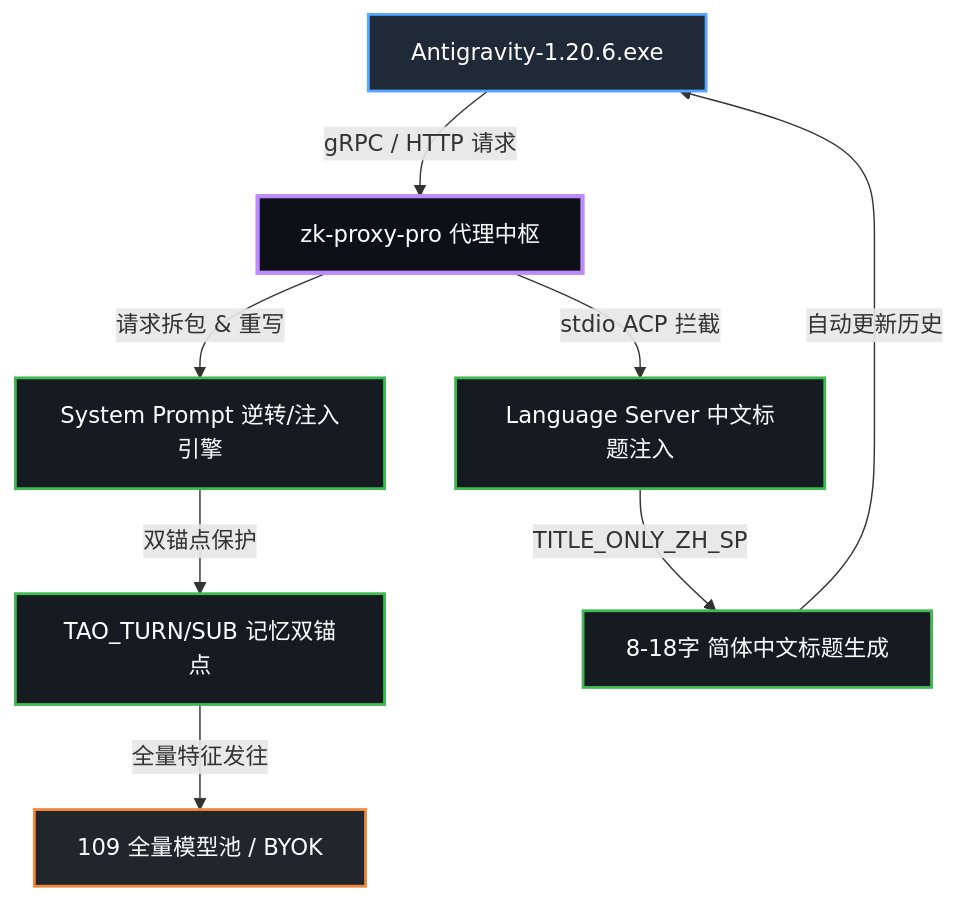
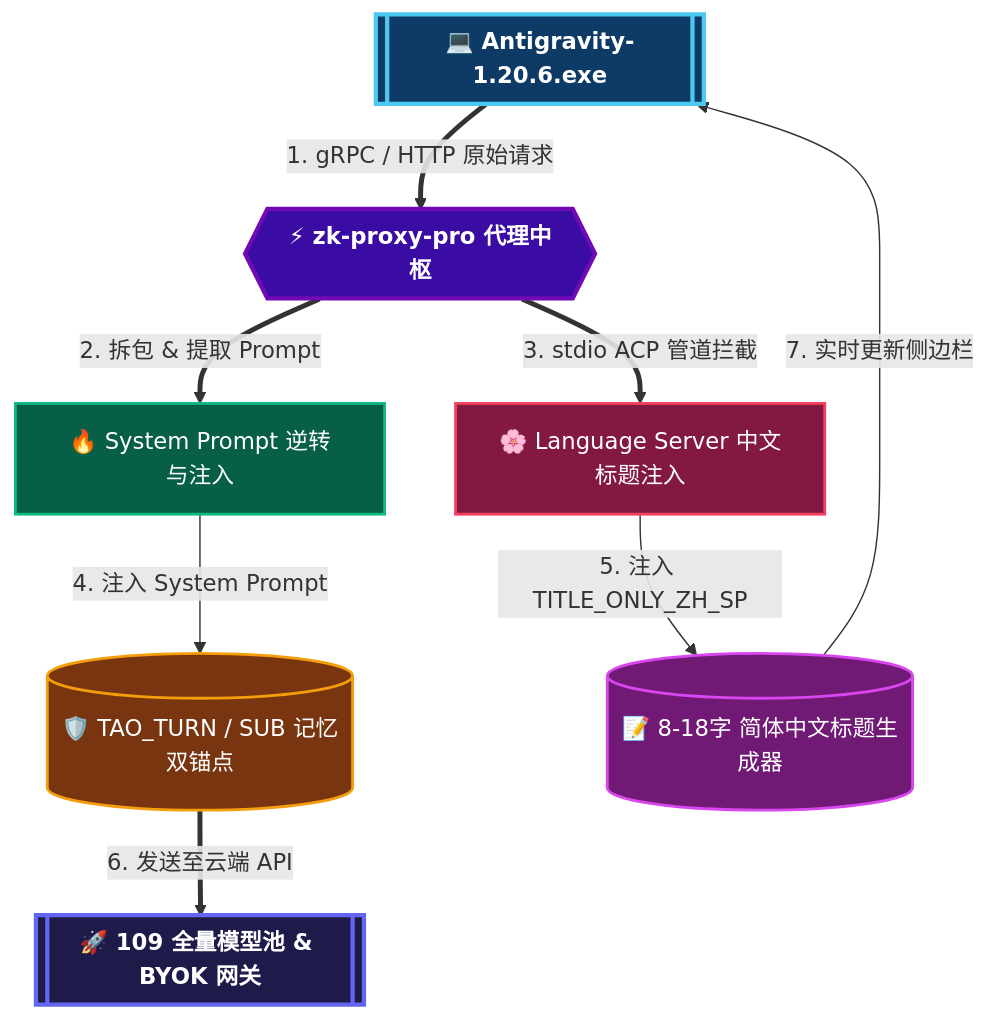
One commit to Huo-zai-feng-lang-li/Antigravity-Injection changed the diagram in README.md. Above: the diagram before and after it, drawn with Mermaid.

Commit message:
docs(readme): 升级 Mermaid 架构图为彩色发光调色板与多形状节点

````diff
--- a/README.md
+++ b/README.md
@@ -35,30 +35,40 @@
 ```mermaid
 flowchart TD
-    IDE["Antigravity-1.20.6.exe"]
-    PROXY["zk-proxy-pro 代理中枢"]
-    SUB_SP["System Prompt 逆转/注入引擎"]
-    SUB_LS["Language Server 中文标题注入"]
-    ANCHOR["TAO_TURN/SUB 记忆双锚点"]
-    TITLE_ZH["8-18字 简体中文标题生成"]
-    API_POOL["109 全量模型池 / BYOK"]
+    IDE[["💻 Antigravity-1.20.6.exe"]]
+    PROXY{{"⚡ zk-proxy-pro 代理中枢"}}
+    
+    SUB_SP["🔥 System Prompt 逆转与注入"]
+    SUB_LS["🌸 Language Server 中文标题注入"]
+    
+    ANCHOR[("🛡️ TAO_TURN / SUB 记忆双锚点")]
+    TITLE_ZH[("📝 8-18字 简体中文标题生成器")]
+    
+    API_POOL[["🚀 109 全量模型池 & BYOK 网关"]]
 
-    IDE -->|gRPC / HTTP 请求| PROXY
-    PROXY -->|请求拆包 & 重写| SUB_SP
-    PROXY -->|stdio ACP 拦截| SUB_LS
+    IDE ==>|1. gRPC / HTTP 原始请求| PROXY
+    PROXY ==>|2. 拆包 & 提取 Prompt| SUB_SP
+    PROXY ==>|3. stdio ACP 管道拦截| SUB_LS
     
-    SUB_SP -->|双锚点保护| ANCHOR
-    SUB_LS -->|TITLE_ONLY_ZH_SP| TITLE_ZH
+    SUB_SP -->|4. 注入 System Prompt| ANCHOR
+    SUB_LS -->|5. 注入 TITLE_ONLY_ZH_SP| TITLE_ZH
     
-    ANCHOR -->|全量特征发往| API_POOL
-    TITLE_ZH -->|自动更新历史| IDE
+    ANCHOR ==>|6. 发送至云端 API| API_POOL
+    TITLE_ZH -->|7. 实时更新侧边栏| IDE
 
-    classDef client fill:#1f2937,stroke:#58a6ff,stroke-width:2px,color:#fff;
-    classDef proxy fill:#0d1117,stroke:#bc8cff,stroke-width:3px,color:#fff;
-    classDef engine fill:#161b22,stroke:#3fb950,stroke-width:2px,color:#fff;
-    classDef api fill:#21262d,stroke:#f0883e,stroke-width:2px,color:#fff;
+    %% 绚丽彩色样式声明
+    classDef styleIDE fill:#0d3b66,stroke:#4cc9f0,stroke-width:3px,color:#ffffff,font-weight:bold;
+    classDef styleProxy fill:#3a0ca3,stroke:#7209b7,stroke-width:3px,color:#ffffff,font-weight:bold;
+    classDef styleSP fill:#065f46,stroke:#10b981,stroke-width:2px,color:#ffffff;
+    classDef styleLS fill:#831843,stroke:#f43f5e,stroke-width:2px,color:#ffffff;
+    classDef styleAnchor fill:#78350f,stroke:#f59e0b,stroke-width:2px,color:#ffffff;
+    classDef styleTitle fill:#701a75,stroke:#d946ef,stroke-width:2px,color:#ffffff;
+    classDef styleAPI fill:#1e1b4b,stroke:#6366f1,stroke-width:3px,color:#ffffff,font-weight:bold;
 
-    class IDE client;
-    class PROXY proxy;
-    class SUB_SP,SUB_LS,ANCHOR,TITLE_ZH engine;
-    class API_POOL api;
+    class IDE styleIDE;
+    class PROXY styleProxy;
+    class SUB_SP styleSP;
+    class SUB_LS styleLS;
+    class ANCHOR styleAnchor;
+    class TITLE_ZH styleTitle;
+    class API_POOL styleAPI;
 ```
````
